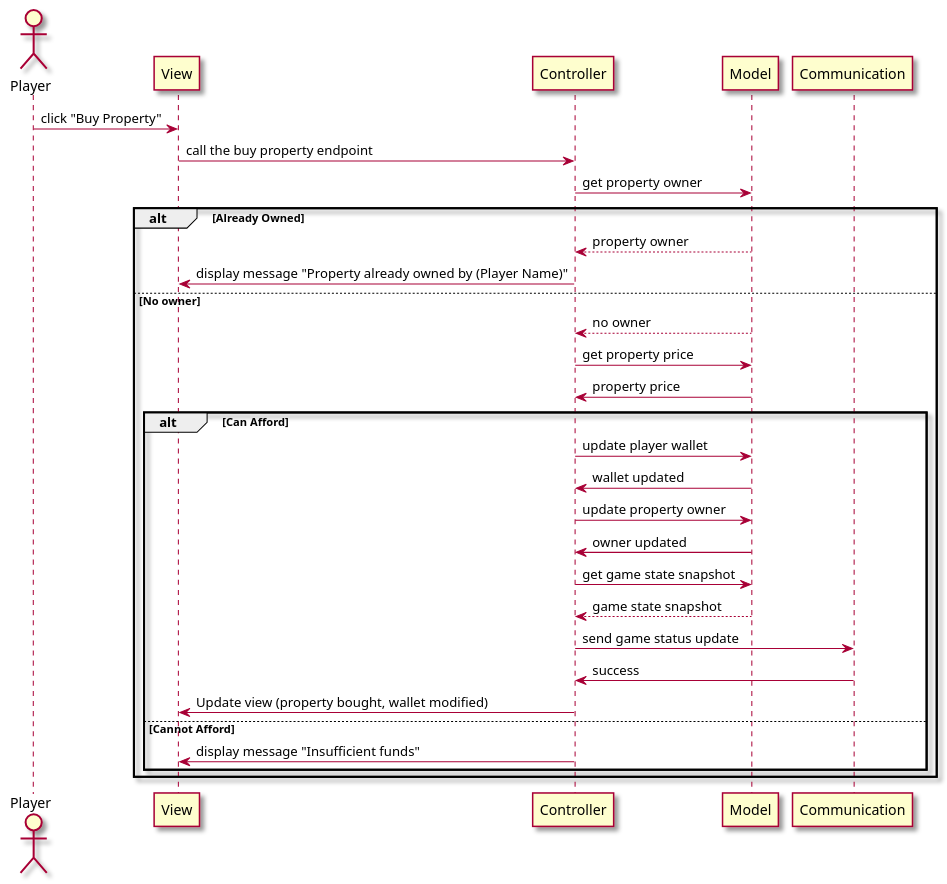
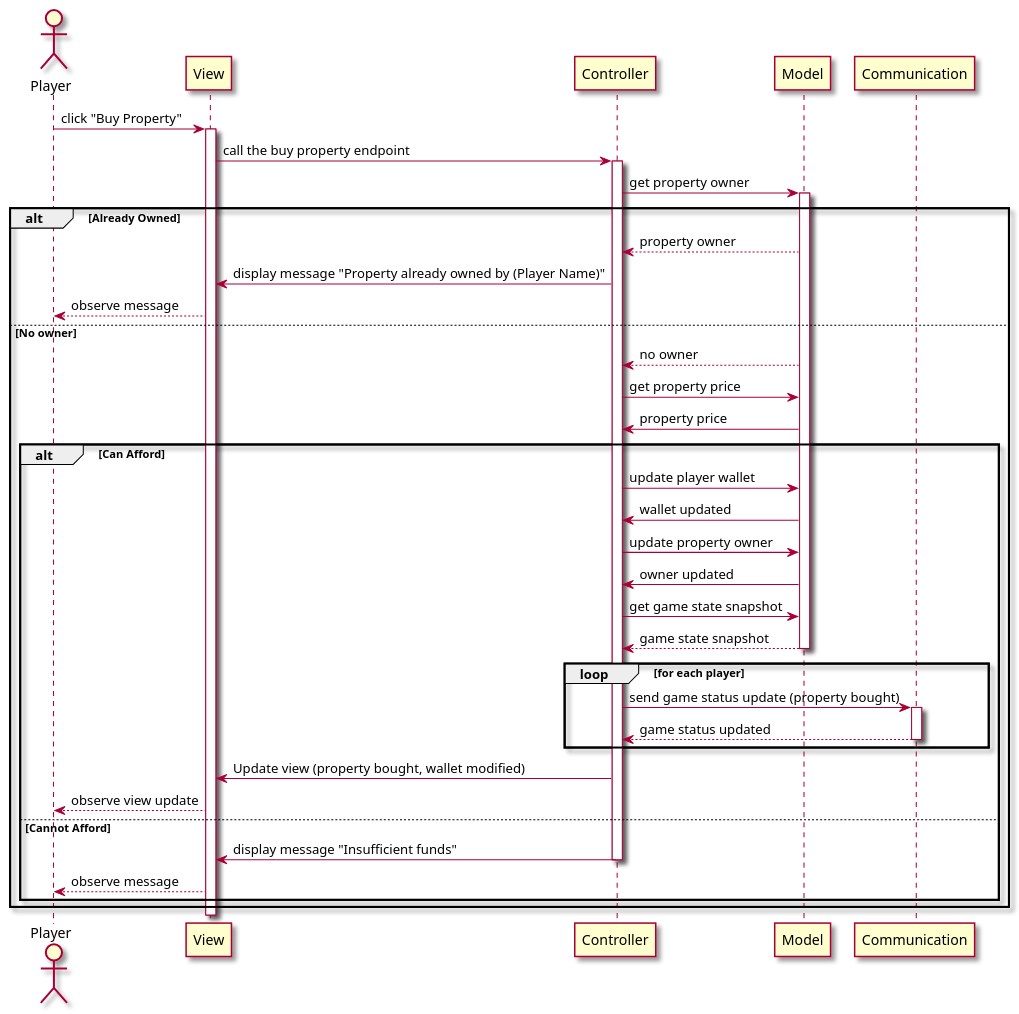
One commit to Konrad-Swiercz/Monopoly-Grupa-D changed the diagram in uml/sequence/sequence_buy_property.puml. Above: the diagram before and after it, drawn with PlantUML. The commit also changed 7 other files, not shown here.

Commit message:
finished UML sequence diagrams

```diff
--- a/uml/sequence/sequence_buy_property.puml
+++ b/uml/sequence/sequence_buy_property.puml
@@ -1,34 +1,40 @@
 @startuml
 
 skin rose
 
 actor Player
 
-Player -> View: click "Buy Property"
-View -> Controller: call the buy property endpoint
-Controller -> Model: get property owner
+Player -> View++: click "Buy Property"
+View -> Controller++: call the buy property endpoint
+Controller -> Model++: get property owner
 
 alt Already Owned
   Model --> Controller: property owner
   Controller -> View: display message "Property already owned by (Player Name)"
+  View --> Player: observe message
 else No owner
   Model --> Controller: no owner
   Controller -> Model: get property price
   Model -> Controller: property price
   alt Can Afford
     Controller -> Model: update player wallet
     Model -> Controller: wallet updated
     Controller -> Model: update property owner
     Model -> Controller: owner updated
     Controller -> Model: get game state snapshot
-    Model --> Controller: game state snapshot
-    Controller -> Communication: send game status update
-    Communication -> Controller: success
+    Model --> Controller--: game state snapshot
+    loop for each player
+          Controller -> Communication ++: send game status update (property bought)
+          Communication --> Controller--: game status updated
+        end
     Controller -> View: Update view (property bought, wallet modified)
+    View --> Player: observe view update
   else Cannot Afford
-    Controller -> View: display message "Insufficient funds"
+    Controller -> View--: display message "Insufficient funds"
+    View --> Player: observe message
+    
   end
 
 end
 
 @enduml
```
